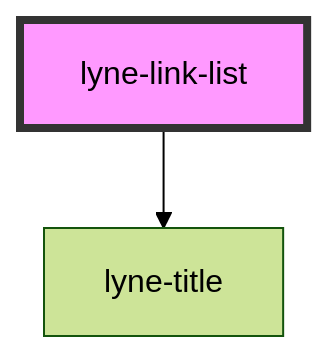
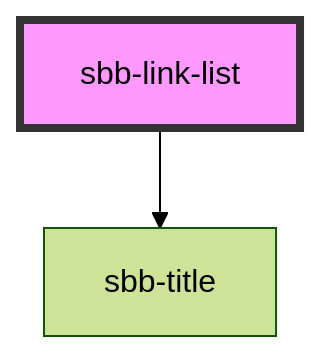
The diagram in src/components/sbb-link-list/readme.md (sbb-design-systems/lyne-components), drawn with Mermaid (forest theme) before and after one commit. The commit also changed other lines of this file and 348 other files, not shown here.

Commit message:
refactor: 'lyne' prefix renamed to 'sbb'

````diff
--- a/src/components/sbb-link-list/readme.md
+++ b/src/components/sbb-link-list/readme.md
@@ -32,5 +32,5 @@
 ```mermaid
 graph TD;
-  lyne-link-list --> lyne-title
-  style lyne-link-list fill:#f9f,stroke:#333,stroke-width:4px
+  sbb-link-list --> sbb-title
+  style sbb-link-list fill:#f9f,stroke:#333,stroke-width:4px
 ```
````
